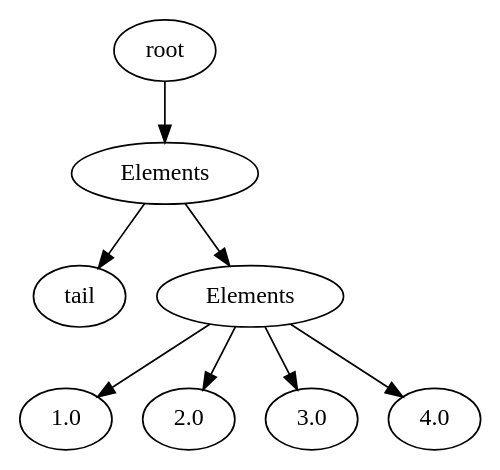
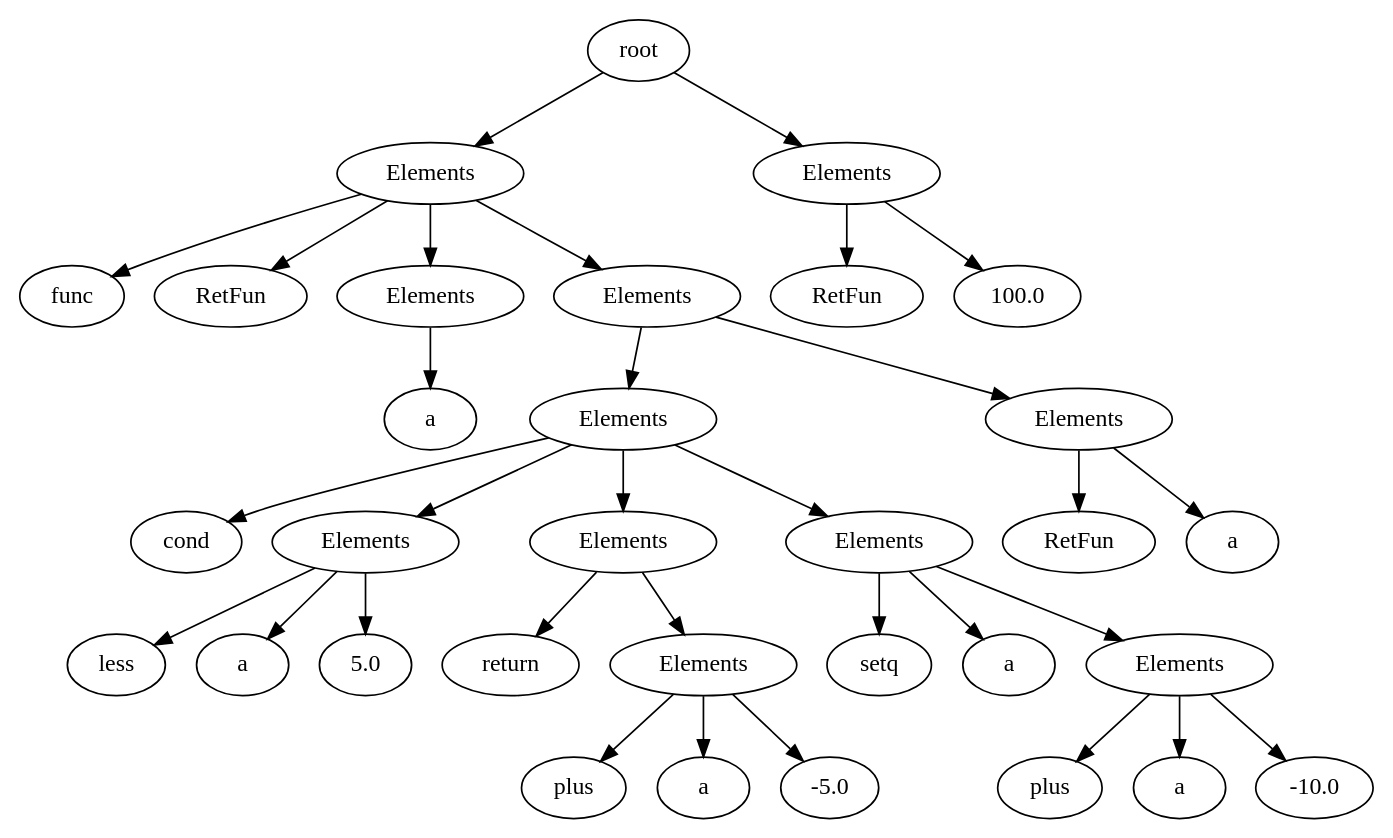
One commit to Maruf-co/Functional-Compiler changed the diagram in out/production/LSP-lexer/output.dot. Above: the diagram before and after it, drawn with Graphviz. The commit also changed 5 other files, not shown here.

```diff
--- a/out/production/LSP-lexer/output.dot
+++ b/out/production/LSP-lexer/output.dot
@@ -1,1 +1,1 @@
-digraph G{0[label="root"];1[label="Elements"];0->1;2[label="tail"];1->2;3[label="Elements"];1->3;4[label="1.0"];3->4;5[label="2.0"];3->5;6[label="3.0"];3->6;7[label="4.0"];3->7;}
+digraph G{0[label="root"];1[label="Elements"];0->1;2[label="Elements"];0->2;3[label="func"];1->3;4[label="RetFun"];1->4;5[label="Elements"];1->5;6[label="Elements"];1->6;7[label="RetFun"];2->7;8[label="100.0"];2->8;9[label="a"];5->9;10[label="Elements"];6->10;11[label="Elements"];6->11;12[label="cond"];10->12;13[label="Elements"];10->13;14[label="Elements"];10->14;15[label="Elements"];10->15;16[label="RetFun"];11->16;17[label="a"];11->17;18[label="less"];13->18;19[label="a"];13->19;20[label="5.0"];13->20;21[label="return"];14->21;22[label="Elements"];14->22;23[label="setq"];15->23;24[label="a"];15->24;25[label="Elements"];15->25;26[label="plus"];22->26;27[label="a"];22->27;28[label="-5.0"];22->28;29[label="plus"];25->29;30[label="a"];25->30;31[label="-10.0"];25->31;}
```
